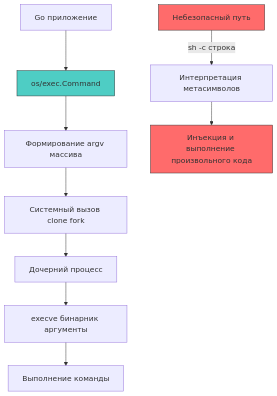
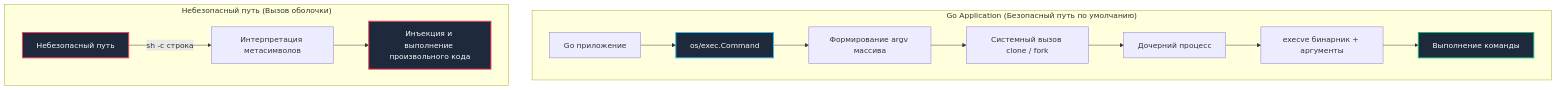
One commit to UnrealTemplier/go-textbook changed the diagram in sources/17. Безопасность (AppSec в Go)/04. Уязвимости/4. Command injection.md. Above: the diagram before and after it, drawn with Mermaid. The commit also changed other lines of this file, not shown here.

Commit message:
feat(module-17): editorial rewrite of 04.4 Command injection in Kernighan style

````diff
--- a/sources/17. Безопасность (AppSec в Go)/04. Уязвимости/4. Command injection.md
+++ b/sources/17. Безопасность (AppSec в Go)/04. Уязвимости/4. Command injection.md
@@ -9,16 +19,21 @@
 ```mermaid
 flowchart TD
-    A["Go приложение"] --> B["os/exec.Command"]
-    B --> C["Формирование argv массива"]
-    C --> D["Системный вызов clone fork"]
-    D --> E["Дочерний процесс"]
-    E --> F["execve бинарник аргументы"]
-    F --> G["Выполнение команды"]
-    
-    H["Небезопасный путь"] -->|"sh -c строка"| I["Интерпретация метасимволов"]
-    I --> J["Инъекция и выполнение произвольного кода"]
-    
-    style B fill:#4ecdc4,stroke:#333
-    style H fill:#ff6b6b,stroke:#333
-    style J fill:#ff6b6b,stroke:#333
+    subgraph App["Go Application (Безопасный путь по умолчанию)"]
+        A["Go приложение"] --> B["os/exec.Command"]
+        B --> C["Формирование argv массива"]
+        C --> D["Системный вызов clone / fork"]
+        D --> E["Дочерний процесс"]
+        E --> F["execve бинарник + аргументы"]
+        F --> G["Выполнение команды"]
+    end
+
+    subgraph Unsafe["Небезопасный путь (Вызов оболочки)"]
+        H["Небезопасный путь"] -->|"sh -c строка"| I["Интерпретация метасимволов"]
+        I --> J["Инъекция и выполнение произвольного кода"]
+    end
+
+    style B fill:#1e293b,stroke:#38bdf8,stroke-width:2px,color:#f8fafc
+    style G fill:#1e293b,stroke:#10b981,stroke-width:2px,color:#f8fafc
+    style H fill:#1e293b,stroke:#f43f5e,stroke-width:2px,color:#f8fafc
+    style J fill:#1e293b,stroke:#f43f5e,stroke-width:2px,color:#f8fafc
 ```
````
